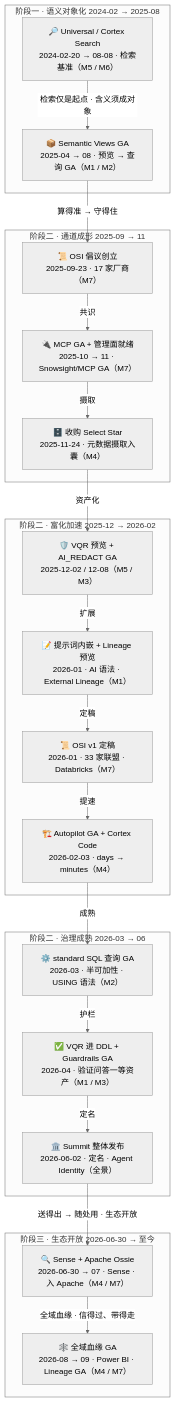
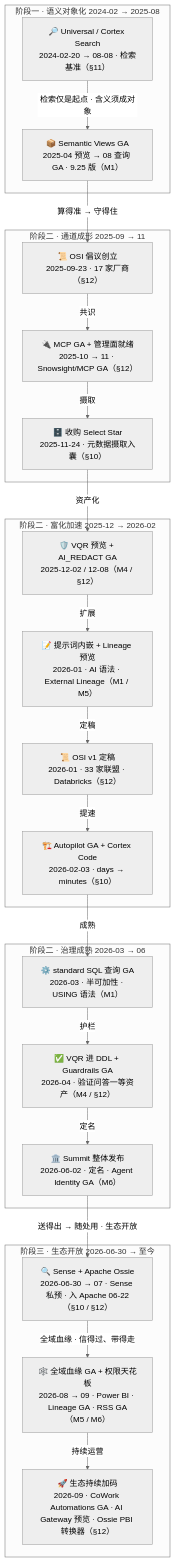
One commit to ThreeFish-AI/negentropy changed the diagram in docs/assets/mermaid/cognitive-context/horizon-context--evolution-timeline.mmd. Above: the diagram before and after it, drawn with Mermaid (neutral theme). The commit also changed 19 other files, not shown here.

First line of the commit message:
docs(horizon-context): M 集全局重评选校准——治理族扩容四席晋级、富化/检索/互操作降级专章、16 条映射实质重审;

```diff
--- a/docs/assets/mermaid/cognitive-context/horizon-context--evolution-timeline.mmd
+++ b/docs/assets/mermaid/cognitive-context/horizon-context--evolution-timeline.mmd
@@ -1,43 +1,45 @@
-%%source: docs/research/cognitive-context/011-horizon-context.md#block2-23 (L111-L173, §2.2–§2.3 三阶段叙事与时间线速览)
+%%source: docs/research/cognitive-context/011-horizon-context.md#block2-23 (L128-L190, §2.2 演进 Timeline)
 %%slug: cognitive-context/horizon-context--evolution-timeline
 %%type: dataflow
 %%derived: archify dataflow v1, authored from source mermaid
-%% fix: (2026-09-15 同步) 重写为出货图逐字镜像并随图修复：① 原 MS7 拆分为 MS7A（提示词内嵌 + Lineage 预览 M1）/ MS7B（OSI v1 定稿 · 33 家联盟 · Databricks M7）——补回正文时间线表「33 家联盟、Databricks 入局」事实，HTML 旧版漏拆漏载已重渲，且 2026-01 两卡归位「富化加速（2025-12 → 2026-02）」泳道；② 三 subgraph 展开为图内五段泳道（通道成形/富化加速/治理成熟子段）；③ 边标签补齐图内转移词（共识/摄取/资产化/扩展/定稿/提速/成熟/护栏/定名）
+%% fix: (2026-09-17 重评选) ① 全部里程碑卡 M 锚点按重评选后口径重标（M1 双不变量 / M2-M3 拆分 / M4 验证锚定 / M5 血缘 / M6 AgentID / 降级区 §10-§12）；② MS2 GA 归属修正（查询 GA=9.25 版 2025-08，非 Summit）；③ MS11 Agent Identity 升 M6 锚；④ 新增 MS14（2026-09 生态加码：CoWork Automations GA · AI Gateway 预览 · Ossie Power BI 转换器）；⑤ %%source 重锚 L128-L190
 flowchart TD
     subgraph "阶段一 · 语义对象化 2024-02 → 2025-08"
-        MS1["🔎 Universal / Cortex Search<br/>2024-02-20 → 08-08 · 检索基准（M5 / M6）"]
-        MS2["📦 Semantic Views GA<br/>2025-04 → 08 · 预览 → 查询 GA（M1 / M2）"]
+        MS1["🔎 Universal / Cortex Search<br/>2024-02-20 → 08-08 · 检索基准（§11）"]
+        MS2["📦 Semantic Views GA<br/>2025-04 预览 → 08 查询 GA · 9.25 版（M1）"]
     end
     subgraph "阶段二 · 通道成形 2025-09 → 11"
-        MS3["📜 OSI 倡议创立<br/>2025-09-23 · 17 家厂商（M7）"]
-        MS4["🔌 MCP GA + 管理面就绪<br/>2025-10 → 11 · Snowsight/MCP GA（M7）"]
-        MS5["🗄️ 收购 Select Star<br/>2025-11-24 · 元数据摄取入囊（M4）"]
+        MS3["📜 OSI 倡议创立<br/>2025-09-23 · 17 家厂商（§12）"]
+        MS4["🔌 MCP GA + 管理面就绪<br/>2025-10 → 11 · Snowsight/MCP GA（§12）"]
+        MS5["🗄️ 收购 Select Star<br/>2025-11-24 · 元数据摄取入囊（§10）"]
     end
     subgraph "阶段二 · 富化加速 2025-12 → 2026-02"
-        MS6["🛡️ VQR 预览 + AI_REDACT GA<br/>2025-12-02 / 12-08（M5 / M3）"]
-        MS7A["📝 提示词内嵌 + Lineage 预览<br/>2026-01 · AI 语法 · External Lineage（M1）"]
-        MS7B["📜 OSI v1 定稿<br/>2026-01 · 33 家联盟 · Databricks（M7）"]
-        MS8["🏗️ Autopilot GA + Cortex Code<br/>2026-02-03 · days → minutes（M4）"]
+        MS6["🛡️ VQR 预览 + AI_REDACT GA<br/>2025-12-02 / 12-08（M4 / §12）"]
+        MS7A["📝 提示词内嵌 + Lineage 预览<br/>2026-01 · AI 语法 · External Lineage（M1 / M5）"]
+        MS7B["📜 OSI v1 定稿<br/>2026-01 · 33 家联盟 · Databricks（§12）"]
+        MS8["🏗️ Autopilot GA + Cortex Code<br/>2026-02-03 · days → minutes（§10）"]
     end
     subgraph "阶段二 · 治理成熟 2026-03 → 06"
-        MS9["⚙️ standard SQL 查询 GA<br/>2026-03 · 半可加性 · USING 语法（M2）"]
-        MS10["✅ VQR 进 DDL + Guardrails GA<br/>2026-04 · 验证问答一等资产（M1 / M3）"]
-        MS11["🏛️ Summit 整体发布<br/>2026-06-02 · 定名 · Agent Identity（全景）"]
+        MS9["⚙️ standard SQL 查询 GA<br/>2026-03 · 半可加性 · USING 语法（M1）"]
+        MS10["✅ VQR 进 DDL + Guardrails GA<br/>2026-04 · 验证问答一等资产（M4 / §12）"]
+        MS11["🏛️ Summit 整体发布<br/>2026-06-02 · 定名 · Agent Identity GA（M6）"]
     end
     subgraph "阶段三 · 生态开放 2026-06-30 → 至今"
-        MS12["🔍 Sense + Apache Ossie<br/>2026-06-30 → 07 · Sense · 入 Apache（M4 / M7）"]
-        MS13["🕸️ 全域血缘 GA<br/>2026-08 → 09 · Power BI · Lineage GA（M4 / M7）"]
+        MS12["🔍 Sense + Apache Ossie<br/>2026-06-30 → 07 · Sense 私预 · 入 Apache 06-22（§10 / §12）"]
+        MS13["🕸️ 全域血缘 GA + 权限天花板<br/>2026-08 → 09 · Power BI · Lineage GA · RSS GA（M5 / M6）"]
+        MS14["🚀 生态持续加码<br/>2026-09 · CoWork Automations GA · AI Gateway 预览 · Ossie PBI 转换器（§12）"]
     end
     MS1 -->|"检索仅是起点 · 含义须成对象"| MS2
     MS2 -->|"算得准 → 守得住"| MS3
     MS3 -->|"共识"| MS4
     MS4 -->|"摄取"| MS5
     MS5 -->|"资产化"| MS6
     MS6 -->|"扩展"| MS7A
     MS7A -->|"定稿"| MS7B
     MS7B -->|"提速"| MS8
     MS8 -->|"成熟"| MS9
     MS9 -->|"护栏"| MS10
     MS10 -->|"定名"| MS11
     MS11 -->|"送得出 → 随处用 · 生态开放"| MS12
     MS12 -->|"全域血缘 · 信得过、带得走"| MS13
+    MS13 -->|"持续运营"| MS14
```
